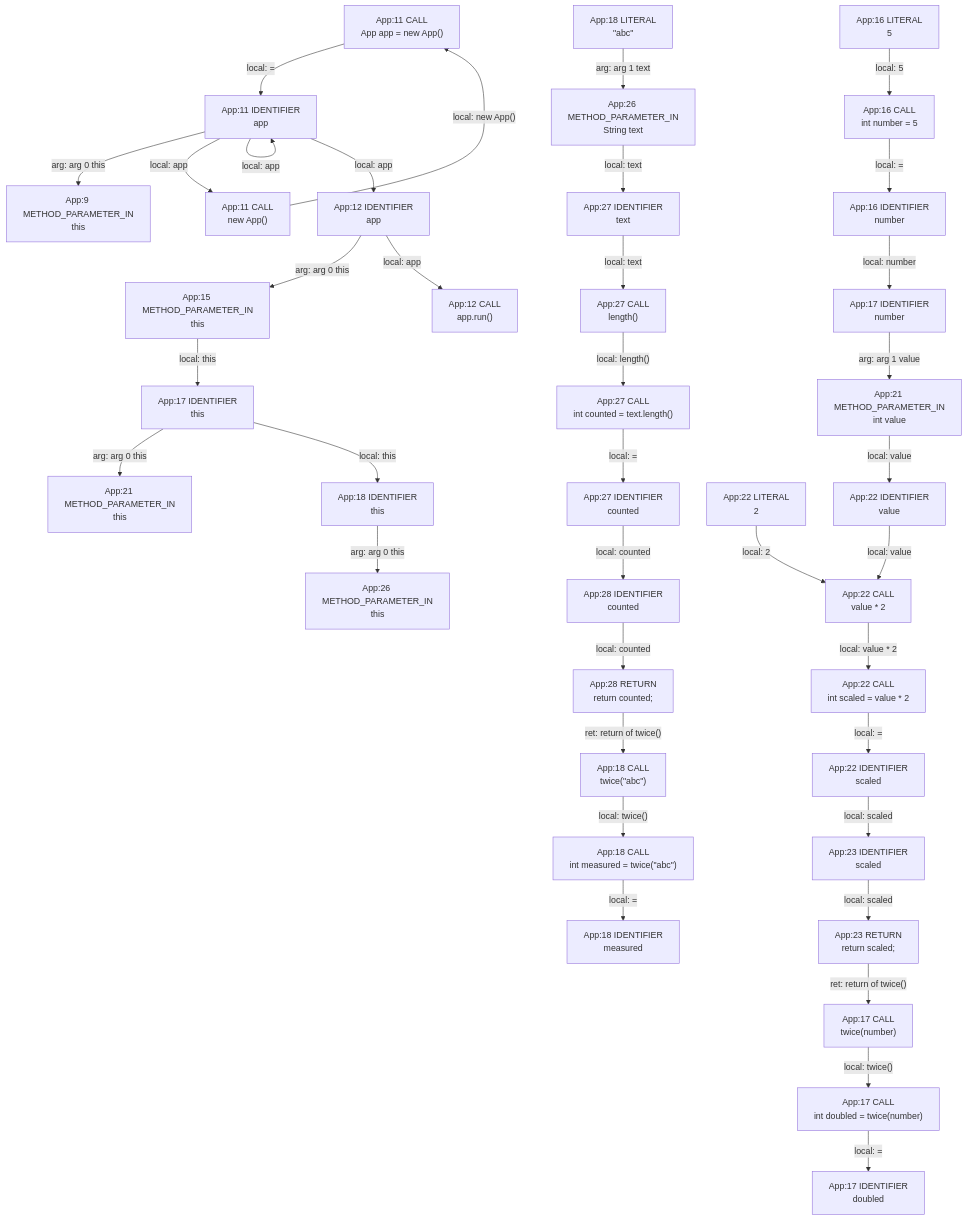
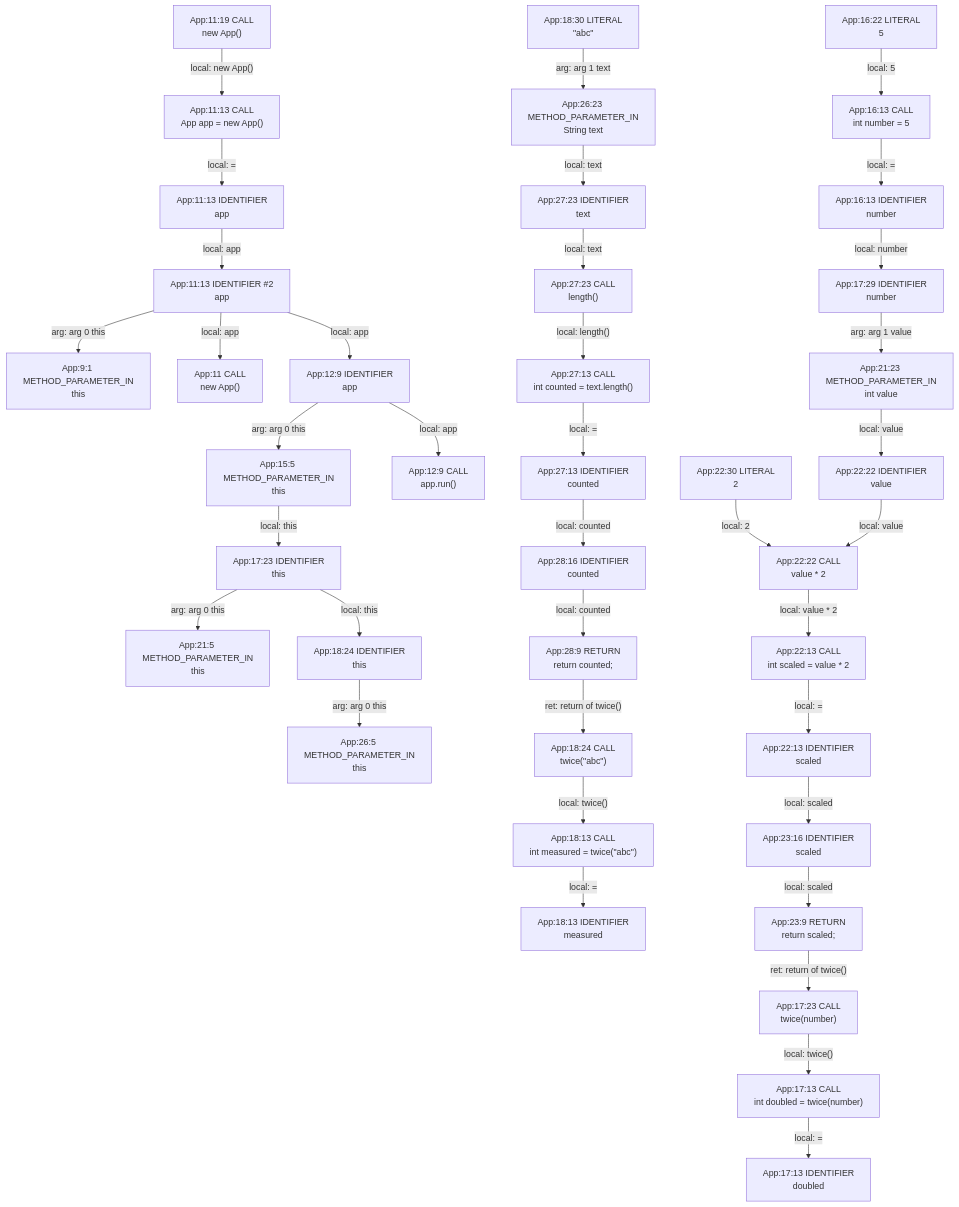
The diagram in app/src/test/resources/overload/spike-truth.md (gstiebler/codeflow), drawn with Mermaid before and after one commit. The commit also changed 154 other files, not shown here.

````diff
--- a/app/src/test/resources/overload/spike-truth.md
+++ b/app/src/test/resources/overload/spike-truth.md
@@ -3,76 +3,78 @@
 ```mermaid
 flowchart TD
-  n0["App:11 CALL<br/>App app = new App()"]
-  n1["App:11 CALL<br/>new App()"]
-  n2["App:11 IDENTIFIER<br/>app"]
-  n3["App:12 CALL<br/>app.run()"]
-  n4["App:12 IDENTIFIER<br/>app"]
-  n5["App:15 METHOD_PARAMETER_IN<br/>this"]
-  n6["App:16 CALL<br/>int number = 5"]
-  n7["App:16 IDENTIFIER<br/>number"]
-  n8["App:16 LITERAL<br/>5"]
-  n9["App:17 CALL<br/>int doubled = twice(number)"]
-  n10["App:17 CALL<br/>twice(number)"]
-  n11["App:17 IDENTIFIER<br/>doubled"]
-  n12["App:17 IDENTIFIER<br/>number"]
-  n13["App:17 IDENTIFIER<br/>this"]
-  n14["App:18 CALL<br/>int measured = twice(#quot;abc#quot;)"]
-  n15["App:18 CALL<br/>twice(#quot;abc#quot;)"]
-  n16["App:18 IDENTIFIER<br/>measured"]
-  n17["App:18 IDENTIFIER<br/>this"]
-  n18["App:18 LITERAL<br/>#quot;abc#quot;"]
-  n19["App:21 METHOD_PARAMETER_IN<br/>int value"]
-  n20["App:21 METHOD_PARAMETER_IN<br/>this"]
-  n21["App:22 CALL<br/>int scaled = value * 2"]
-  n22["App:22 CALL<br/>value * 2"]
-  n23["App:22 IDENTIFIER<br/>scaled"]
-  n24["App:22 IDENTIFIER<br/>value"]
-  n25["App:22 LITERAL<br/>2"]
-  n26["App:23 IDENTIFIER<br/>scaled"]
-  n27["App:23 RETURN<br/>return scaled;"]
-  n28["App:26 METHOD_PARAMETER_IN<br/>String text"]
-  n29["App:26 METHOD_PARAMETER_IN<br/>this"]
-  n30["App:27 CALL<br/>int counted = text.length()"]
-  n31["App:27 CALL<br/>length()"]
-  n32["App:27 IDENTIFIER<br/>counted"]
-  n33["App:27 IDENTIFIER<br/>text"]
-  n34["App:28 IDENTIFIER<br/>counted"]
-  n35["App:28 RETURN<br/>return counted;"]
-  n36["App:9 METHOD_PARAMETER_IN<br/>this"]
-  n0 -->|"local: ="| n2
-  n1 -->|"local: new App()"| n0
-  n10 -->|"local: twice()"| n9
-  n12 -->|"arg: arg 1 value"| n19
-  n13 -->|"arg: arg 0 this"| n20
-  n13 -->|"local: this"| n17
-  n14 -->|"local: ="| n16
-  n15 -->|"local: twice()"| n14
-  n17 -->|"arg: arg 0 this"| n29
-  n18 -->|"arg: arg 1 text"| n28
-  n19 -->|"local: value"| n24
-  n2 -->|"arg: arg 0 this"| n36
-  n2 -->|"local: app"| n1
-  n2 -->|"local: app"| n2
-  n2 -->|"local: app"| n4
-  n21 -->|"local: ="| n23
-  n22 -->|"local: value * 2"| n21
-  n23 -->|"local: scaled"| n26
-  n24 -->|"local: value"| n22
-  n25 -->|"local: 2"| n22
-  n26 -->|"local: scaled"| n27
-  n27 -->|"ret: return of twice()"| n10
-  n28 -->|"local: text"| n33
-  n30 -->|"local: ="| n32
-  n31 -->|"local: length()"| n30
-  n32 -->|"local: counted"| n34
-  n33 -->|"local: text"| n31
-  n34 -->|"local: counted"| n35
-  n35 -->|"ret: return of twice()"| n15
-  n4 -->|"arg: arg 0 this"| n5
-  n4 -->|"local: app"| n3
-  n5 -->|"local: this"| n13
-  n6 -->|"local: ="| n7
-  n7 -->|"local: number"| n12
-  n8 -->|"local: 5"| n6
-  n9 -->|"local: ="| n11
+  n0["App:11 CALL<br/>new App()"]
+  n1["App:11:13 CALL<br/>App app = new App()"]
+  n2["App:11:13 IDENTIFIER #2<br/>app"]
+  n3["App:11:13 IDENTIFIER<br/>app"]
+  n4["App:11:19 CALL<br/>new App()"]
+  n5["App:12:9 CALL<br/>app.run()"]
+  n6["App:12:9 IDENTIFIER<br/>app"]
+  n7["App:15:5 METHOD_PARAMETER_IN<br/>this"]
+  n8["App:16:13 CALL<br/>int number = 5"]
+  n9["App:16:13 IDENTIFIER<br/>number"]
+  n10["App:16:22 LITERAL<br/>5"]
+  n11["App:17:13 CALL<br/>int doubled = twice(number)"]
+  n12["App:17:13 IDENTIFIER<br/>doubled"]
+  n13["App:17:23 CALL<br/>twice(number)"]
+  n14["App:17:23 IDENTIFIER<br/>this"]
+  n15["App:17:29 IDENTIFIER<br/>number"]
+  n16["App:18:13 CALL<br/>int measured = twice(#quot;abc#quot;)"]
+  n17["App:18:13 IDENTIFIER<br/>measured"]
+  n18["App:18:24 CALL<br/>twice(#quot;abc#quot;)"]
+  n19["App:18:24 IDENTIFIER<br/>this"]
+  n20["App:18:30 LITERAL<br/>#quot;abc#quot;"]
+  n21["App:21:23 METHOD_PARAMETER_IN<br/>int value"]
+  n22["App:21:5 METHOD_PARAMETER_IN<br/>this"]
+  n23["App:22:13 CALL<br/>int scaled = value * 2"]
+  n24["App:22:13 IDENTIFIER<br/>scaled"]
+  n25["App:22:22 CALL<br/>value * 2"]
+  n26["App:22:22 IDENTIFIER<br/>value"]
+  n27["App:22:30 LITERAL<br/>2"]
+  n28["App:23:16 IDENTIFIER<br/>scaled"]
+  n29["App:23:9 RETURN<br/>return scaled;"]
+  n30["App:26:23 METHOD_PARAMETER_IN<br/>String text"]
+  n31["App:26:5 METHOD_PARAMETER_IN<br/>this"]
+  n32["App:27:13 CALL<br/>int counted = text.length()"]
+  n33["App:27:13 IDENTIFIER<br/>counted"]
+  n34["App:27:23 CALL<br/>length()"]
+  n35["App:27:23 IDENTIFIER<br/>text"]
+  n36["App:28:16 IDENTIFIER<br/>counted"]
+  n37["App:28:9 RETURN<br/>return counted;"]
+  n38["App:9:1 METHOD_PARAMETER_IN<br/>this"]
+  n1 -->|"local: ="| n3
+  n10 -->|"local: 5"| n8
+  n11 -->|"local: ="| n12
+  n13 -->|"local: twice()"| n11
+  n14 -->|"arg: arg 0 this"| n22
+  n14 -->|"local: this"| n19
+  n15 -->|"arg: arg 1 value"| n21
+  n16 -->|"local: ="| n17
+  n18 -->|"local: twice()"| n16
+  n19 -->|"arg: arg 0 this"| n31
+  n2 -->|"arg: arg 0 this"| n38
+  n2 -->|"local: app"| n0
+  n2 -->|"local: app"| n6
+  n20 -->|"arg: arg 1 text"| n30
+  n21 -->|"local: value"| n26
+  n23 -->|"local: ="| n24
+  n24 -->|"local: scaled"| n28
+  n25 -->|"local: value * 2"| n23
+  n26 -->|"local: value"| n25
+  n27 -->|"local: 2"| n25
+  n28 -->|"local: scaled"| n29
+  n29 -->|"ret: return of twice()"| n13
+  n3 -->|"local: app"| n2
+  n30 -->|"local: text"| n35
+  n32 -->|"local: ="| n33
+  n33 -->|"local: counted"| n36
+  n34 -->|"local: length()"| n32
+  n35 -->|"local: text"| n34
+  n36 -->|"local: counted"| n37
+  n37 -->|"ret: return of twice()"| n18
+  n4 -->|"local: new App()"| n1
+  n6 -->|"arg: arg 0 this"| n7
+  n6 -->|"local: app"| n5
+  n7 -->|"local: this"| n14
+  n8 -->|"local: ="| n9
+  n9 -->|"local: number"| n15
 ```
````
